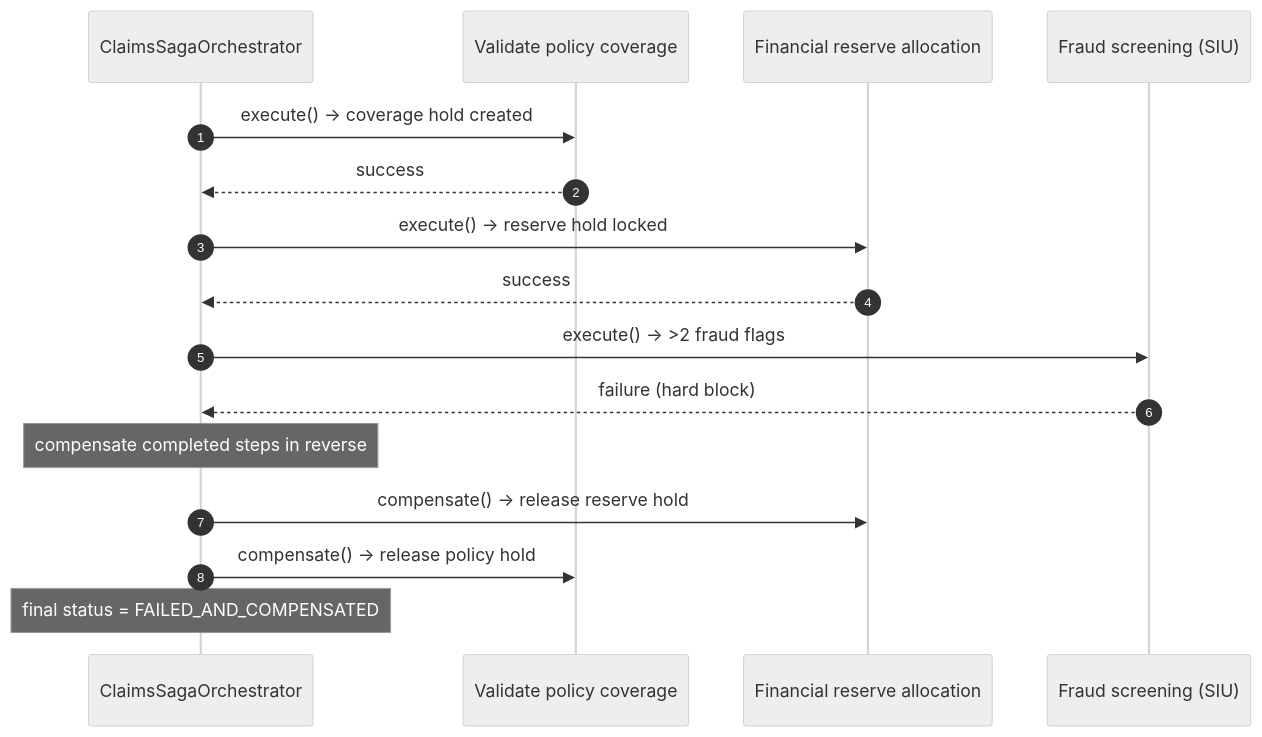
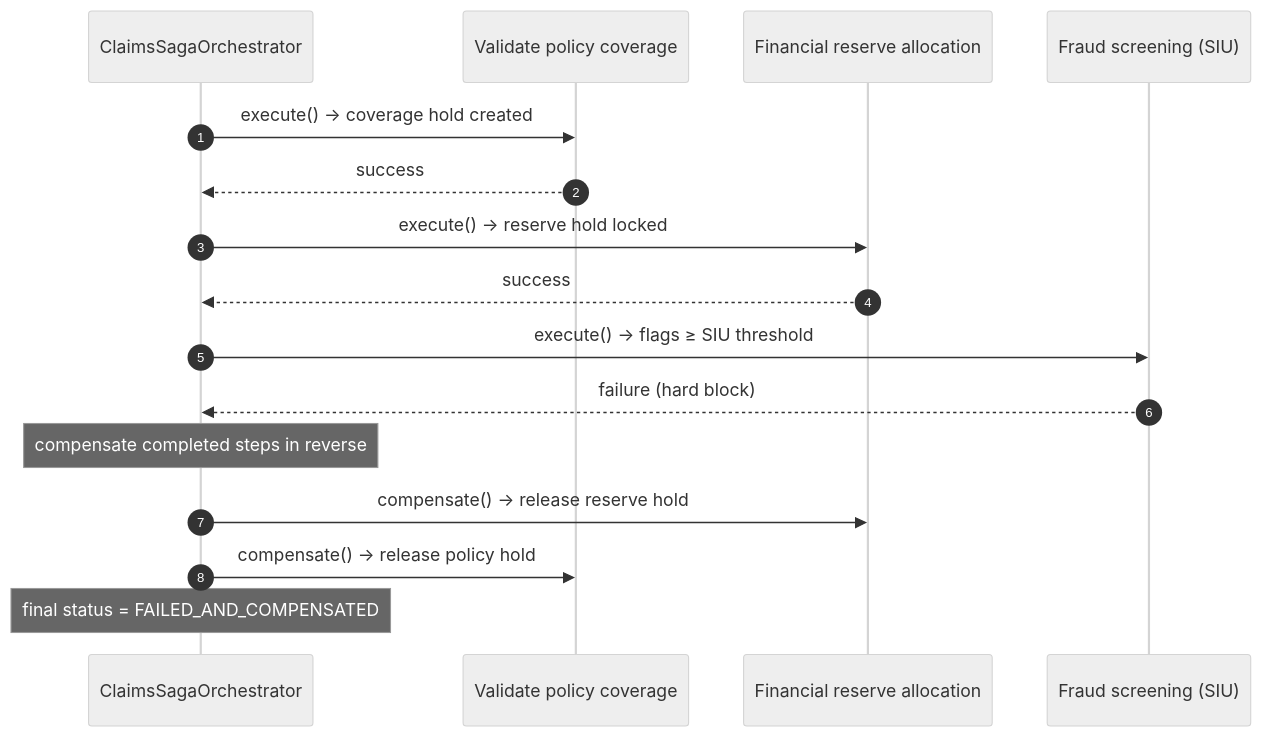
One commit to jackson-marcus/Claim-Sight changed the second of 2 diagrams in README.md. Above: the diagram before and after it, drawn with Mermaid (neutral theme). The commit also changed other lines of this file and 17 other files, not shown here.

````diff
--- a/README.md
+++ b/README.md
@@ -68,18 +121,18 @@
 ```mermaid
 sequenceDiagram
     autonumber
     participant Orch as ClaimsSagaOrchestrator
     participant S1 as Validate policy coverage
     participant S2 as Financial reserve allocation
     participant S3 as Fraud screening (SIU)
     Orch->>S1: execute() → coverage hold created
     S1-->>Orch: success
     Orch->>S2: execute() → reserve hold locked
     S2-->>Orch: success
-    Orch->>S3: execute() → >2 fraud flags
+    Orch->>S3: execute() → flags ≥ SIU threshold
     S3-->>Orch: failure (hard block)
     Note over Orch: compensate completed steps in reverse
     Orch->>S2: compensate() → release reserve hold
     Orch->>S1: compensate() → release policy hold
     Note over Orch: final status = FAILED_AND_COMPENSATED
 ```
````
